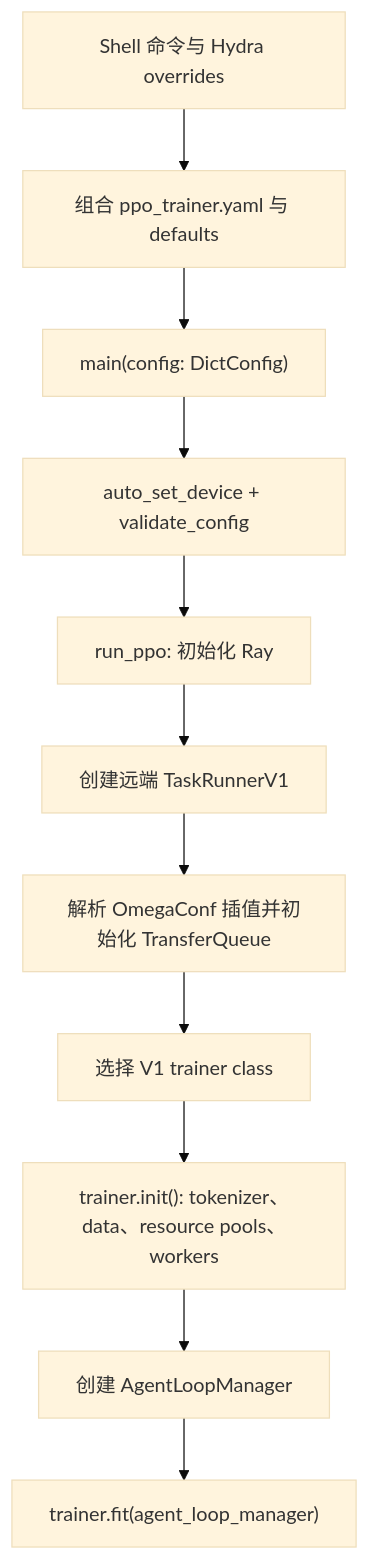
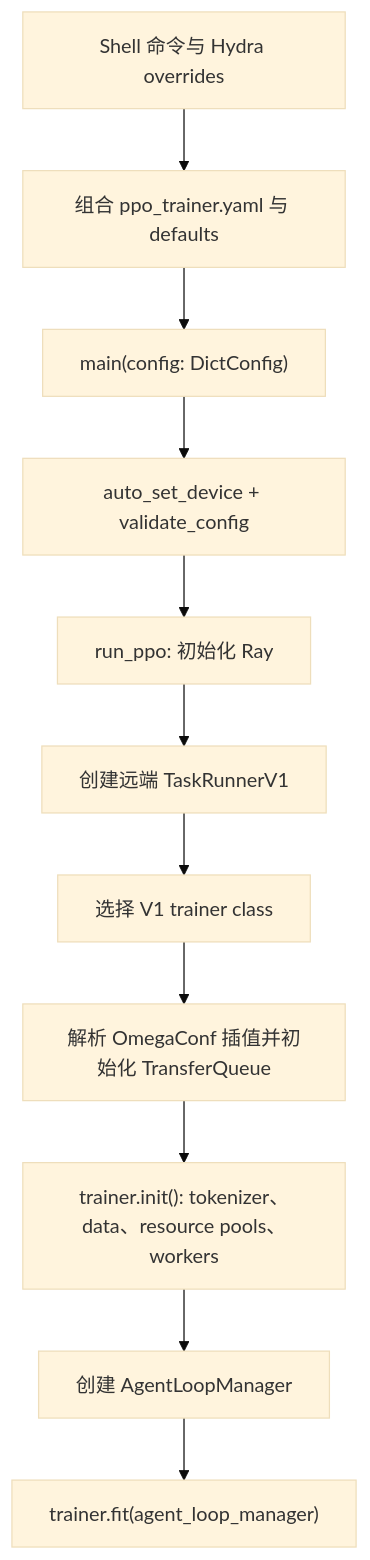
Before and after one commit to BiboyQG/learn-verl: the diagram in docs-site/content/03_configuration_and_entrypoint.md, drawn with Mermaid (base theme). The commit also changed other lines of this file and 16 other files, not shown here.

````diff
--- a/docs-site/content/03_configuration_and_entrypoint.md
+++ b/docs-site/content/03_configuration_and_entrypoint.md
@@ -747,13 +756,13 @@
 ```mermaid
 flowchart TD
     A["Shell 命令与 Hydra overrides"] --> B["组合 ppo_trainer.yaml 与 defaults"]
     B --> C["main(config: DictConfig)"]
     C --> D["auto_set_device + validate_config"]
     D --> E["run_ppo: 初始化 Ray"]
     E --> F["创建远端 TaskRunnerV1"]
-    F --> G["解析 OmegaConf 插值并初始化 TransferQueue"]
-    G --> H["选择 V1 trainer class"]
+    F --> G["选择 V1 trainer class"]
+    G --> H["解析 OmegaConf 插值并初始化 TransferQueue"]
     H --> I["trainer.init(): tokenizer、data、resource pools、workers"]
     I --> J["创建 AgentLoopManager"]
     J --> K["trainer.fit(agent_loop_manager)"]
 ```
````
